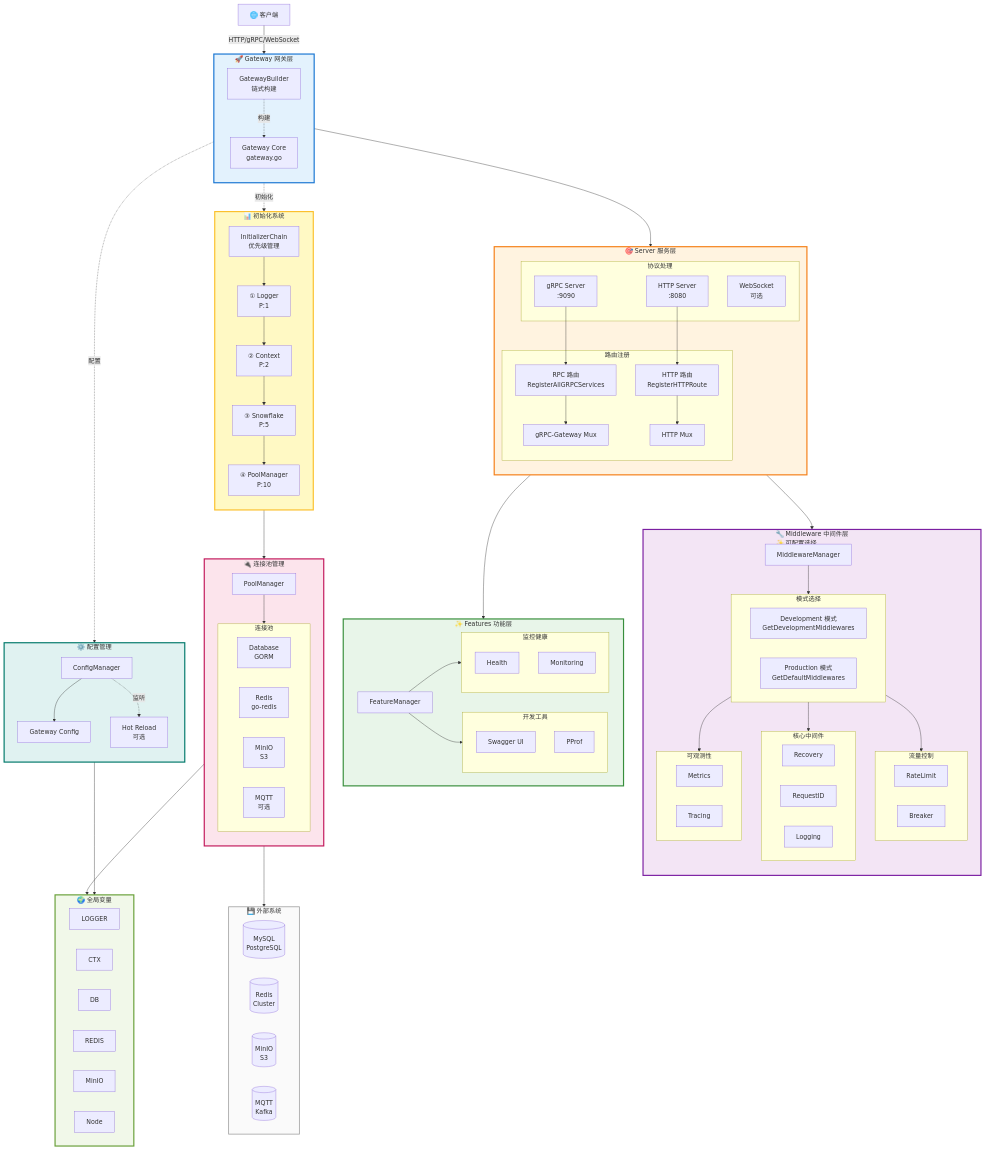
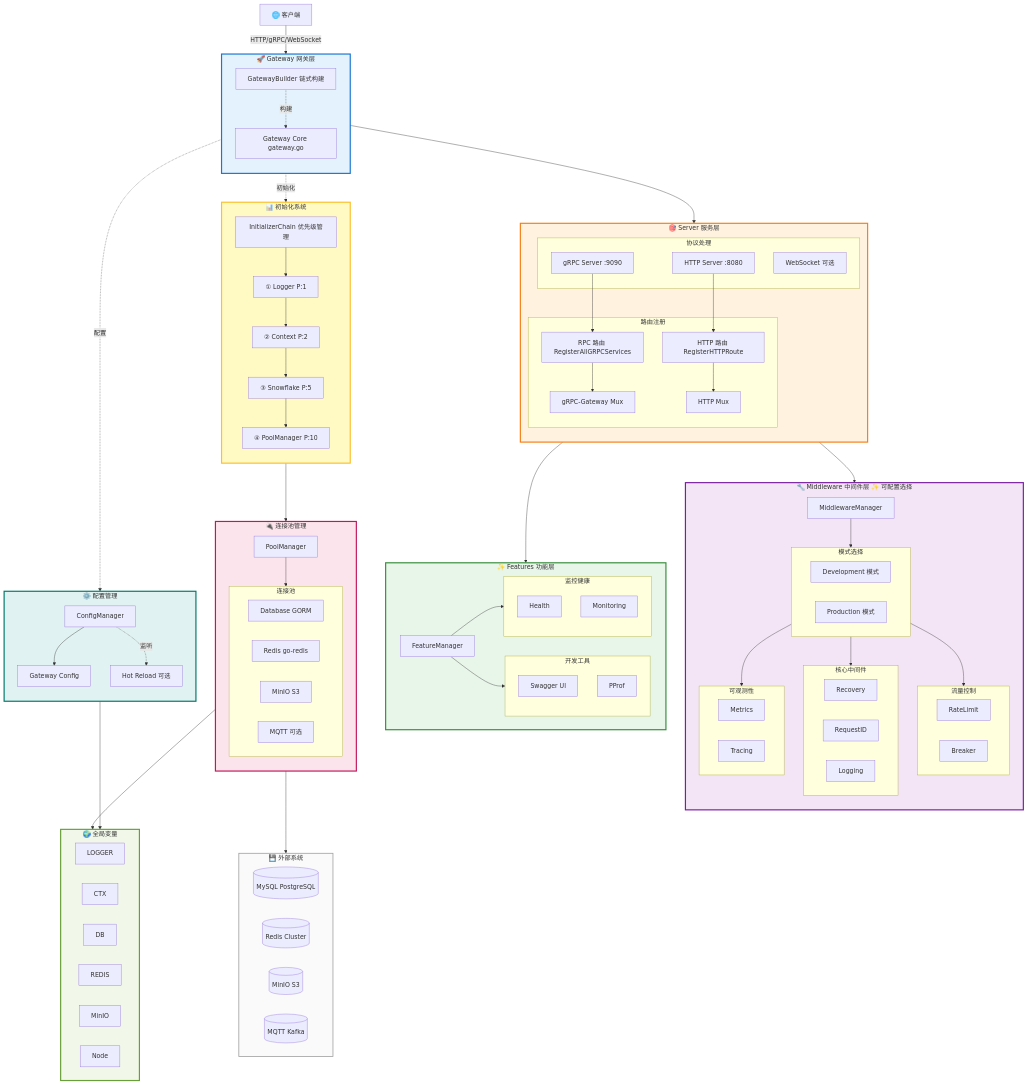
Before and after one commit to kamalyes/go-rpc-gateway: the first of 3 diagrams in README.md, drawn with Mermaid. The commit also changed other lines of this file and 20 other files, not shown here.

```diff
--- a/README.md
+++ b/README.md
@@ -40,8 +40,8 @@
     
     subgraph Gateway["🚀 Gateway 网关层"]
         direction TB
-        Builder["GatewayBuilder\n链式构建"]
-        Core["Gateway Core\ngateway.go"]
+        Builder["GatewayBuilder 链式构建"]
+        Core["Gateway Core gateway.go"]
         Builder -.构建.-> Core
     end
     
@@ -52,14 +52,14 @@
         direction TB
         
         subgraph Protocol["协议处理"]
-            GRPC["gRPC Server\n:9090"]
-            HTTP["HTTP Server\n:8080"]
-            WS["WebSocket\n可选"]
+            GRPC["gRPC Server :9090"]
+            HTTP["HTTP Server :8080"]
+            WS["WebSocket 可选"]
         end
         
         subgraph Router["路由注册"]
-            RPCReg["RPC 路由\nRegisterAllGRPCServices"]
-            HTTPReg["HTTP 路由\nRegisterHTTPRoute"]
+            RPCReg["RPC 路由 RegisterAllGRPCServices"]
+            HTTPReg["HTTP 路由 RegisterHTTPRoute"]
             GWMux["gRPC-Gateway Mux"]
             HTTPMux["HTTP Mux"]
         end
@@ -73,13 +73,13 @@
     %% 中间件层
     Server --> MW
     
-    subgraph MW["🔧 Middleware 中间件层\n✨ 可配置选择"]
+    subgraph MW["🔧 Middleware 中间件层 ✨ 可配置选择"]
         direction TB
         MWManager["MiddlewareManager"]
         
         subgraph ModeSelect["模式选择"]
-            DevMode["Development 模式\nGetDevelopmentMiddlewares"]
-            ProdMode["Production 模式\nGetDefaultMiddlewares"]
+            DevMode["Development 模式"]
+            ProdMode["Production 模式"]
         end
         
         subgraph Core_MW["核心中间件"]
@@ -130,12 +130,12 @@
     
     subgraph Init["📊 初始化系统"]
         direction TB
-        Chain["InitializerChain\n优先级管理"]
+        Chain["InitializerChain 优先级管理"]
         
-        L1["① Logger\nP:1"]
-        L2["② Context\nP:2"]
-        L3["③ Snowflake\nP:5"]
-        L4["④ PoolManager\nP:10"]
+        L1["① Logger P:1"]
+        L2["② Context P:2"]
+        L3["③ Snowflake P:5"]
+        L4["④ PoolManager P:10"]
         
         Chain --> L1 --> L2 --> L3 --> L4
     end
@@ -148,10 +148,10 @@
         PManager["PoolManager"]
         
         subgraph Pools["连接池"]
-            DB_Pool["Database\nGORM"]
-            Redis_Pool["Redis\ngo-redis"]
-            MinIO_Pool["MinIO\nS3"]
-            MQTT_Pool["MQTT\n可选"]
+            DB_Pool["Database GORM"]
+            Redis_Pool["Redis go-redis"]
+            MinIO_Pool["MinIO S3"]
+            MQTT_Pool["MQTT 可选"]
         end
         
         PManager --> Pools
@@ -164,7 +164,7 @@
         direction TB
         CManager["ConfigManager"]
         GWConfig["Gateway Config"]
-        HotReload["Hot Reload\n可选"]
+        HotReload["Hot Reload 可选"]
         
         CManager --> GWConfig
         CManager -.监听.-> HotReload
@@ -189,10 +189,10 @@
     
     subgraph External["💾 外部系统"]
         direction LR
-        Database[("MySQL\nPostgreSQL")]
-        Cache[("Redis\nCluster")]
-        Storage[("MinIO\nS3")]
-        Queue[("MQTT\nKafka")]
+        Database[("MySQL PostgreSQL")]
+        Cache[("Redis Cluster")]
+        Storage[("MinIO S3")]
+        Queue[("MQTT Kafka")]
     end
     
     %% 样式定义
```
